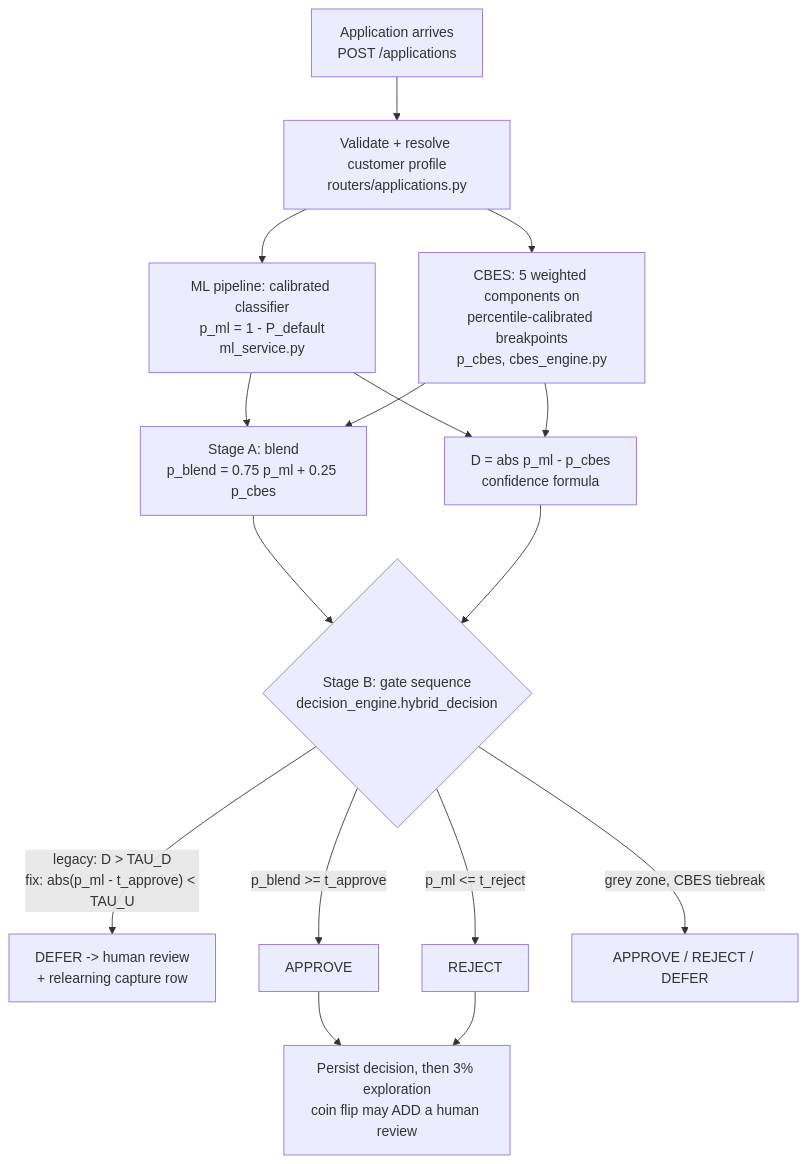
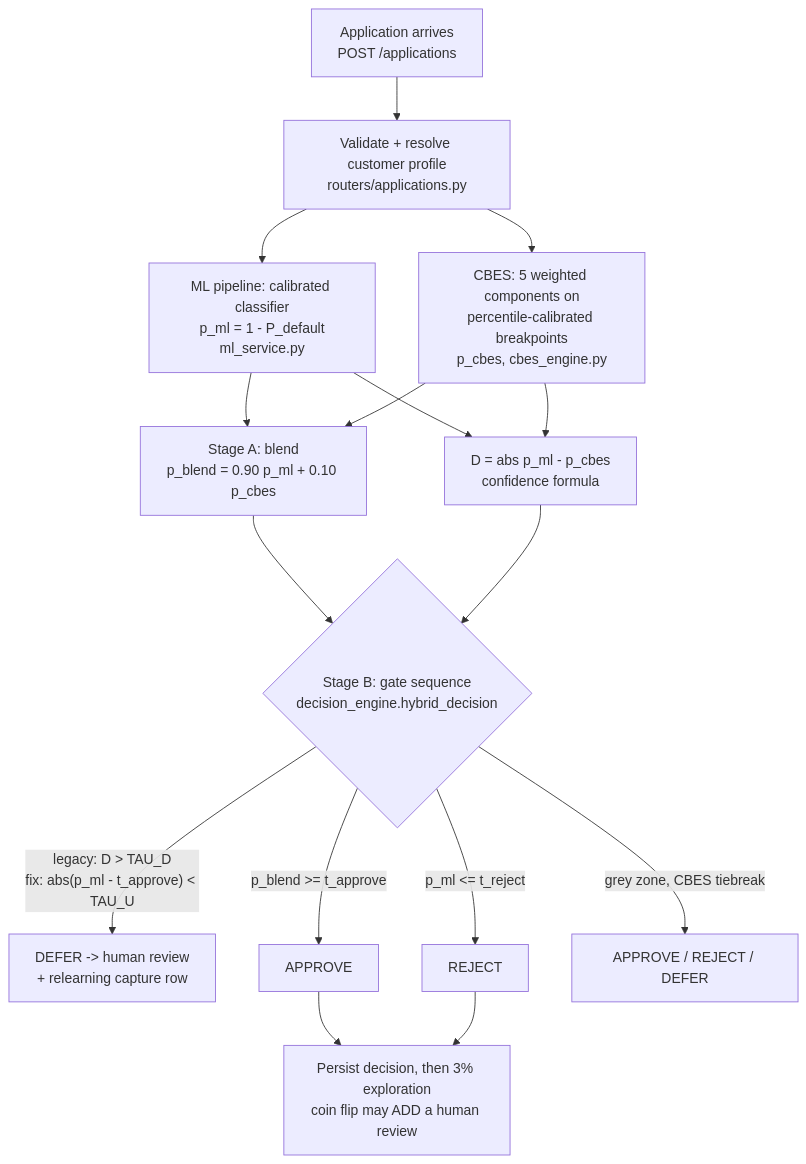
The diagram in docs/DEFENCE-DECISION-HYBRID.md (Shreyash-Thakur/SmartLend), drawn with Mermaid before and after one commit. The commit also changed other lines of this file and 1 other file, not shown here.

````diff
--- a/docs/DEFENCE-DECISION-HYBRID.md
+++ b/docs/DEFENCE-DECISION-HYBRID.md
@@ -48,18 +53,18 @@
 ```mermaid
 flowchart TD
     A[Application arrives<br/>POST /applications] --> B[Validate + resolve customer profile<br/>routers/applications.py]
     B --> C[ML pipeline: calibrated classifier<br/>p_ml = 1 - P_default<br/>ml_service.py]
     B --> D[CBES: 5 weighted components on<br/>percentile-calibrated breakpoints<br/>p_cbes, cbes_engine.py]
-    C --> E[Stage A: blend<br/>p_blend = 0.75 p_ml + 0.25 p_cbes]
+    C --> E[Stage A: blend<br/>p_blend = 0.90 p_ml + 0.10 p_cbes]
     D --> E
     C --> F[D = abs p_ml - p_cbes<br/>confidence formula]
     D --> F
     E --> G{Stage B: gate sequence<br/>decision_engine.hybrid_decision}
     F --> G
     G -->|"legacy: D > TAU_D<br/>fix: abs(p_ml - t_approve) < TAU_U"| H[DEFER -> human review<br/>+ relearning capture row]
     G -->|p_blend >= t_approve| I[APPROVE]
     G -->|p_ml <= t_reject| J[REJECT]
     G -->|grey zone, CBES tiebreak| K[APPROVE / REJECT / DEFER]
     I --> L[Persist decision, then 3% exploration<br/>coin flip may ADD a human review]
     J --> L
 ```
````
